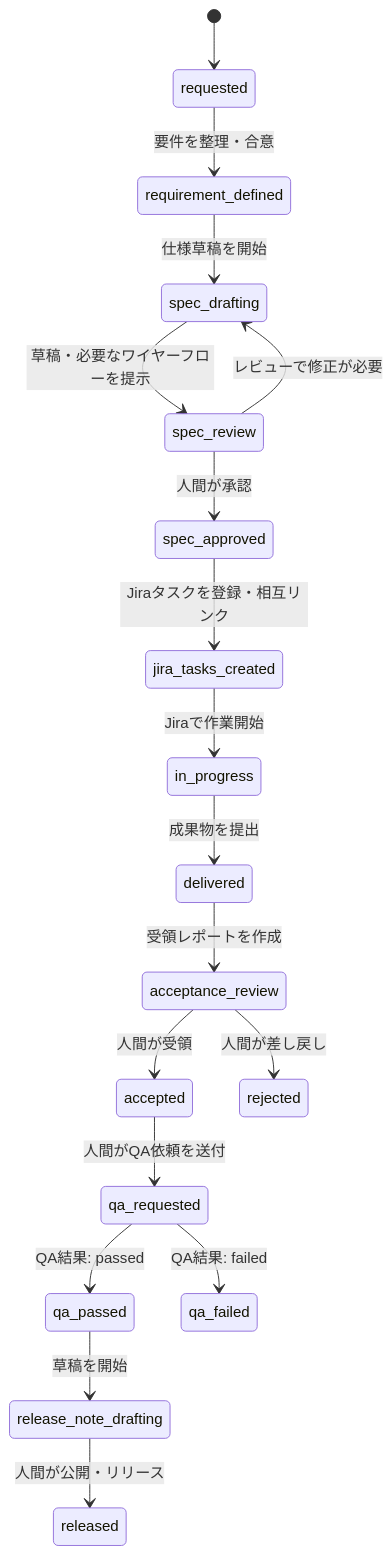
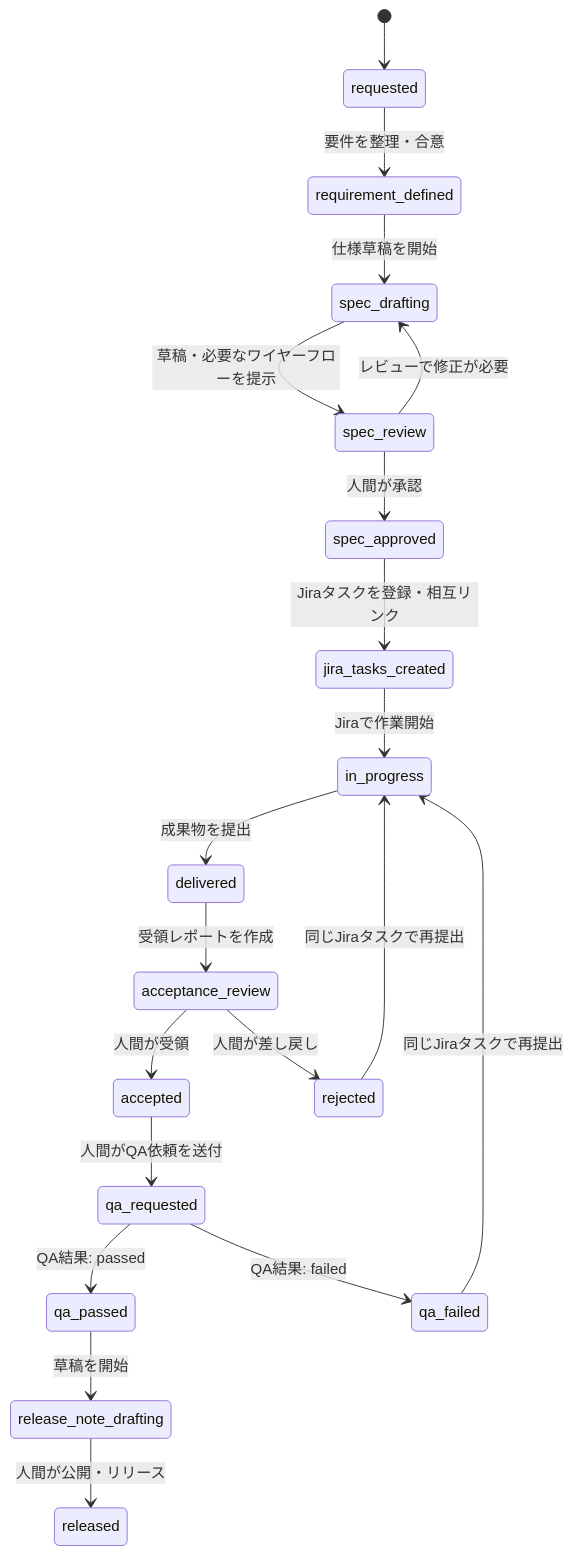
The diagram in docs/architecture/state-machine.md (yutsuki3/pdm-os), drawn with Mermaid before and after one commit. The commit also changed other lines of this file and 14 other files, not shown here.

````diff
--- a/docs/architecture/state-machine.md
+++ b/docs/architecture/state-machine.md
@@ -31,20 +31,22 @@
 ```mermaid
 stateDiagram-v2
     [*] --> requested
     requested --> requirement_defined: 要件を整理・合意
     requirement_defined --> spec_drafting: 仕様草稿を開始
     spec_drafting --> spec_review: 草稿・必要なワイヤーフローを提示
     spec_review --> spec_drafting: レビューで修正が必要
     spec_review --> spec_approved: 人間が承認
     spec_approved --> jira_tasks_created: Jiraタスクを登録・相互リンク
     jira_tasks_created --> in_progress: Jiraで作業開始
     in_progress --> delivered: 成果物を提出
     delivered --> acceptance_review: 受領レポートを作成
     acceptance_review --> accepted: 人間が受領
     acceptance_review --> rejected: 人間が差し戻し
+    rejected --> in_progress: 同じJiraタスクで再提出
     accepted --> qa_requested: 人間がQA依頼を送付
     qa_requested --> qa_passed: QA結果: passed
     qa_requested --> qa_failed: QA結果: failed
+    qa_failed --> in_progress: 同じJiraタスクで再提出
     qa_passed --> release_note_drafting: 草稿を開始
     release_note_drafting --> released: 人間が公開・リリース
 ```
````
